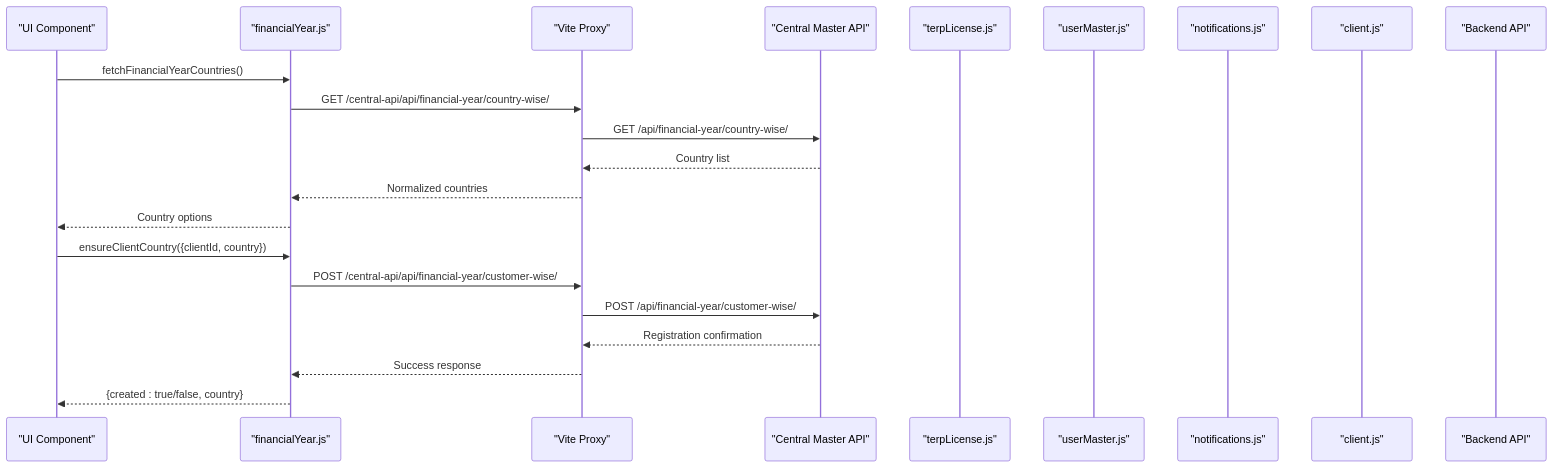
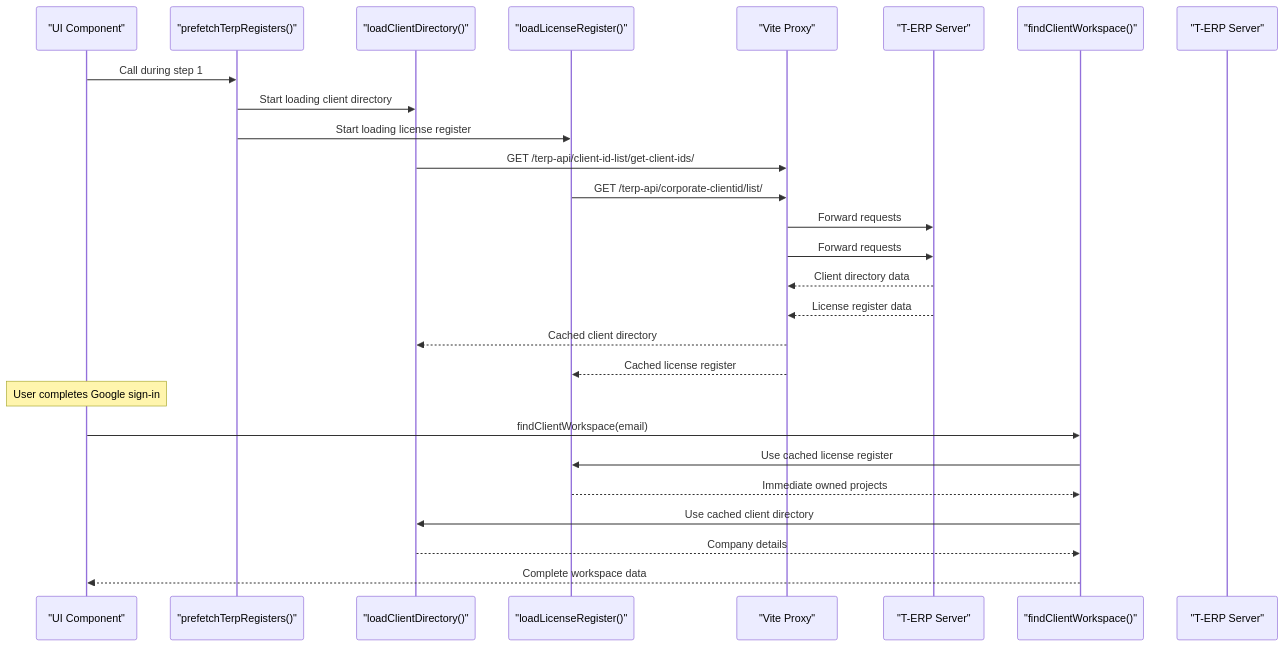
One commit to imcbsglobal/TRELLISCO_ERP_FRONTEND changed the second of 13 diagrams in .qoder/repowiki/en/content/Application Architecture/API Integration Patterns.md. Above: the diagram before and after it, drawn with Mermaid. The commit also changed other lines of this file and 20 other files, not shown here.

````diff
--- a/.qoder/repowiki/en/content/Application Architecture/API Integration Patterns.md
+++ b/.qoder/repowiki/en/content/Application Architecture/API Integration Patterns.md
@@ -169,24 +170,29 @@
 ```mermaid
 sequenceDiagram
 participant UI as "UI Component"
-participant FinancialSvc as "financialYear.js"
+participant Prefetch as "prefetchTerpRegisters()"
+participant ClientDir as "loadClientDirectory()"
+participant LicenseReg as "loadLicenseRegister()"
 participant Proxy as "Vite Proxy"
-participant Central as "Central Master API"
-participant LicenseSvc as "terpLicense.js"
-participant UserSvc as "userMaster.js"
-participant NotifySvc as "notifications.js"
-participant Client as "client.js"
-participant Server as "Backend API"
-UI->>FinancialSvc : fetchFinancialYearCountries()
-FinancialSvc->>Proxy : GET /central-api/api/financial-year/country-wise/
-Proxy->>Central : GET /api/financial-year/country-wise/
-Central-->>Proxy : Country list
-Proxy-->>FinancialSvc : Normalized countries
-FinancialSvc-->>UI : Country options
-UI->>FinancialSvc : ensureClientCountry({clientId, country})
-FinancialSvc->>Proxy : POST /central-api/api/financial-year/customer-wise/
-Proxy->>Central : POST /api/financial-year/customer-wise/
-Central-->>Proxy : Registration confirmation
-Proxy-->>FinancialSvc : Success response
-FinancialSvc-->>UI : {created : true/false, country}
+participant TERPServer as "T-ERP Server"
+participant LicenseSvc as "findClientWorkspace()"
+participant TERPServer2 as "T-ERP Server"
+UI->>Prefetch : Call during step 1
+Prefetch->>ClientDir : Start loading client directory
+Prefetch->>LicenseReg : Start loading license register
+ClientDir->>Proxy : GET /terp-api/client-id-list/get-client-ids/
+LicenseReg->>Proxy : GET /terp-api/corporate-clientid/list/
+Proxy->>TERPServer : Forward requests
+Proxy->>TERPServer : Forward requests
+TERPServer-->>Proxy : Client directory data
+TERPServer-->>Proxy : License register data
+Proxy-->>ClientDir : Cached client directory
+Proxy-->>LicenseReg : Cached license register
+Note over UI : User completes Google sign-in
+UI->>LicenseSvc : findClientWorkspace(email)
+LicenseSvc->>LicenseReg : Use cached license register
+LicenseReg-->>LicenseSvc : Immediate owned projects
+LicenseSvc->>ClientDir : Use cached client directory
+ClientDir-->>LicenseSvc : Company details
+LicenseSvc-->>UI : Complete workspace data
 ```
````
